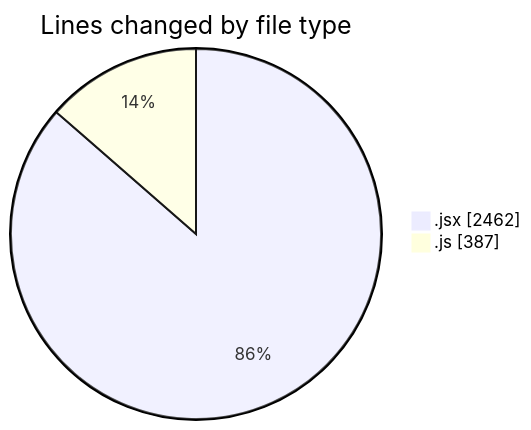
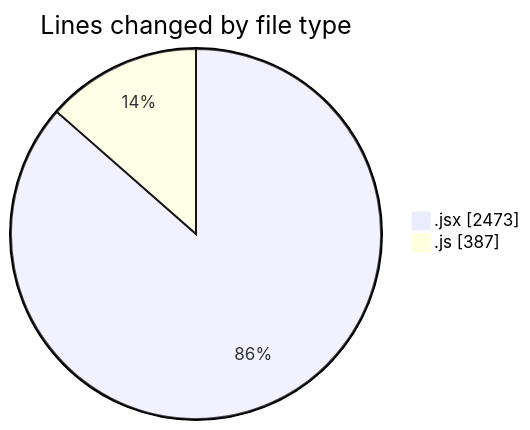
One commit to nxtqubesakshisongat/code-tracking changed the first of 2 diagrams in 2025-05-09/argos-dev/README.md. Above: the diagram before and after it, drawn with Mermaid. The commit also changed other lines of this file and 1 other file, not shown here.

````diff
--- a/2025-05-09/argos-dev/README.md
+++ b/2025-05-09/argos-dev/README.md
@@ -24,6 +24,6 @@
 ```mermaid
 pie showData
 title Lines changed by file type
-".jsx" : 2462
+".jsx" : 2473
 ".js" : 387
 ```
````
